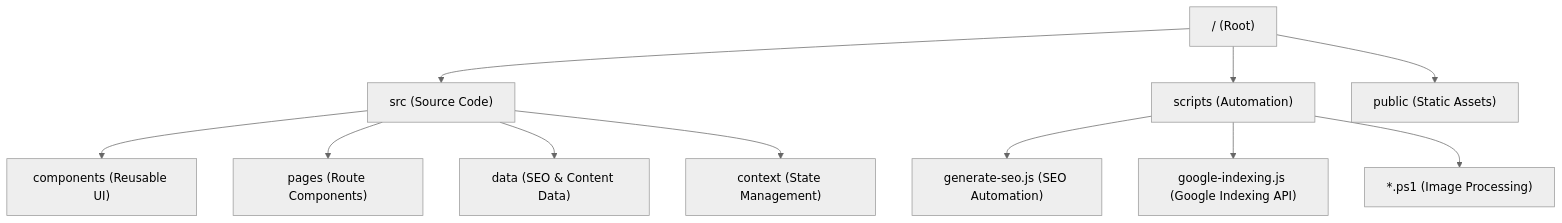
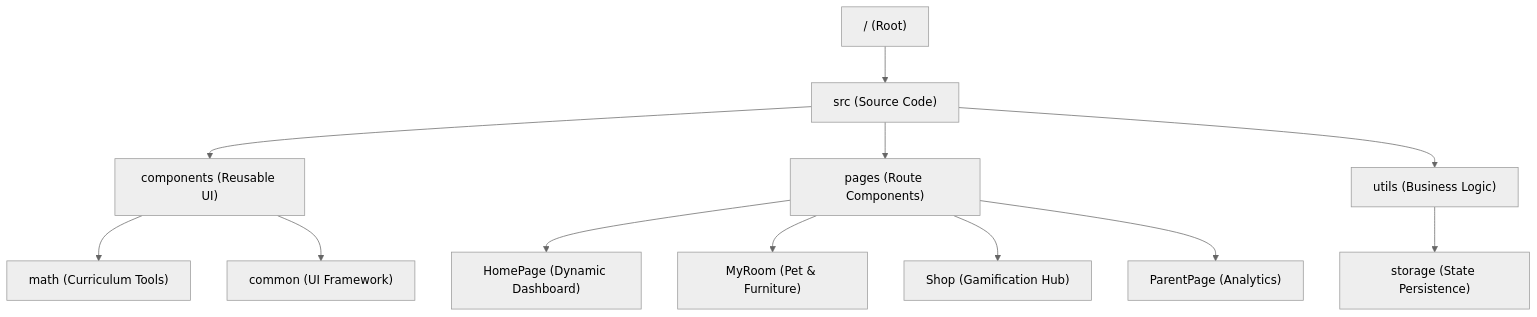
The diagram in .gravityBrain/SYSTEM_MAP.md (ff8scall/math), drawn with Mermaid (neutral theme) before and after one commit. The commit also changed other lines of this file and 34 other files, not shown here.

````diff
--- a/.gravityBrain/SYSTEM_MAP.md
+++ b/.gravityBrain/SYSTEM_MAP.md
@@ -19,15 +20,17 @@
 ```mermaid
 graph TD
     Root["/ (Root)"] --> Src["src (Source Code)"]
-    Root --> Scripts["scripts (Automation)"]
-    Root --> Public["public (Static Assets)"]
-    
     Src --> Components["components (Reusable UI)"]
     Src --> Pages["pages (Route Components)"]
-    Src --> Data["data (SEO & Content Data)"]
-    Src --> Context["context (State Management)"]
+    Src --> Utils["utils (Business Logic)"]
     
-    Scripts --> SEOGen["generate-seo.js (SEO Automation)"]
-    Scripts --> GIndex["google-indexing.js (Google Indexing API)"]
-    Scripts --> ImgProc["*.ps1 (Image Processing)"]
+    Components --> Math["math (Curriculum Tools)"]
+    Components --> Common["common (UI Framework)"]
+    
+    Pages --> HomePage["HomePage (Dynamic Dashboard)"]
+    Pages --> MyRoom["MyRoom (Pet & Furniture)"]
+    Pages --> Shop["Shop (Gamification Hub)"]
+    Pages --> Parent["ParentPage (Analytics)"]
+    
+    Utils --> Storage["storage (State Persistence)"]
 ```
````
